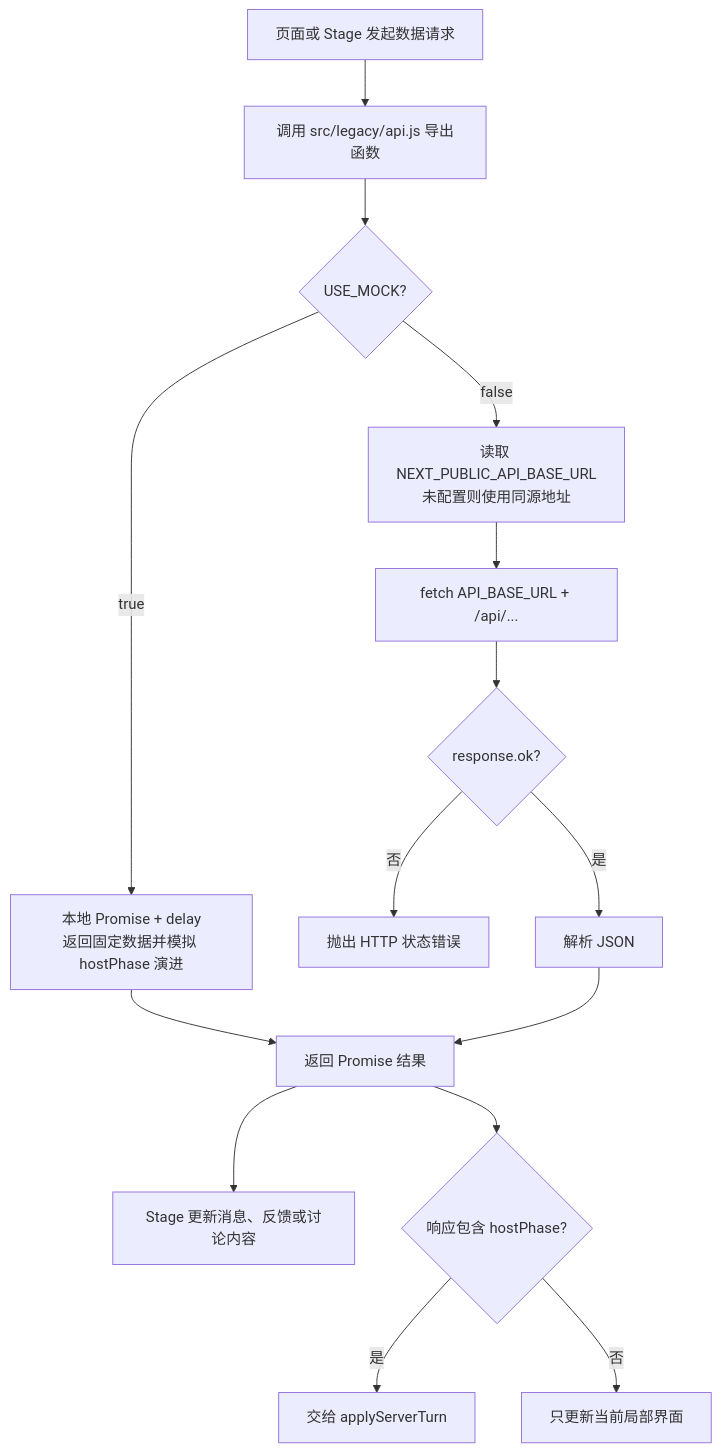
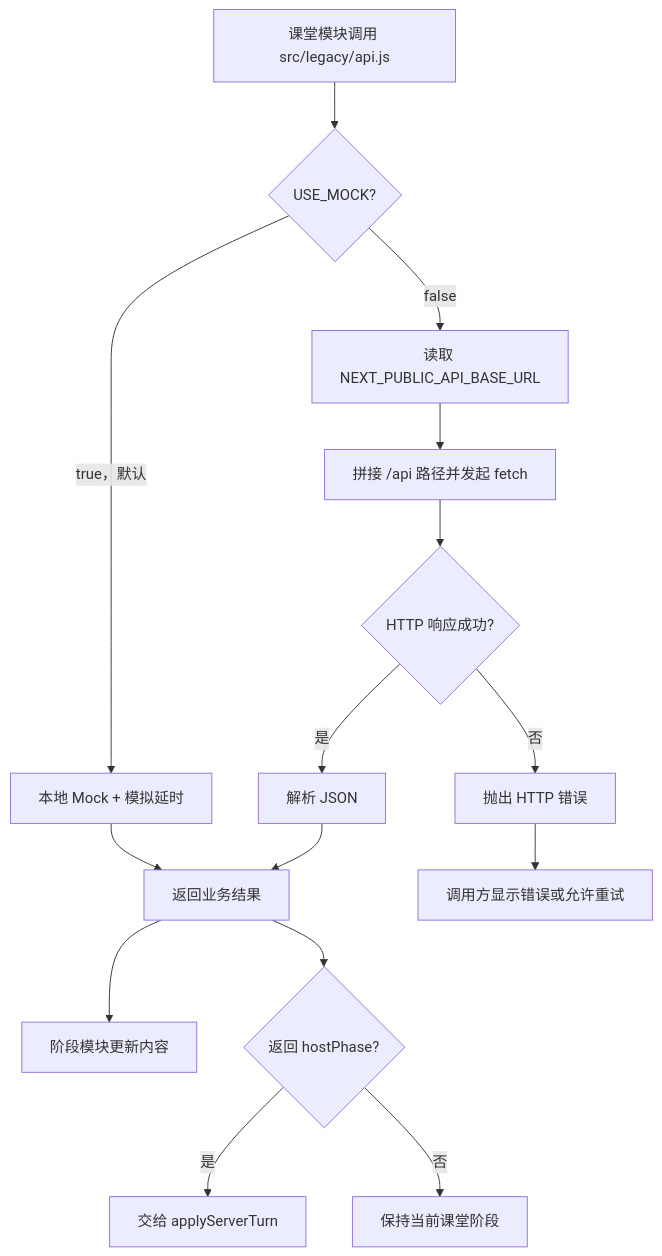
The fifth of 5 diagrams in docs/architecture/NEXT_FRONTEND_WORKFLOW.md (Awdyuer/SZU_Student_Agent), drawn with Mermaid before and after one commit. The commit also changed other lines of this file and 9 other files, not shown here.

Commit message:
更新流程图

````diff
--- a/docs/architecture/NEXT_FRONTEND_WORKFLOW.md
+++ b/docs/architecture/NEXT_FRONTEND_WORKFLOW.md
@@ -261,20 +131,17 @@
 ```mermaid
 flowchart TD
-    ACTION[页面或 Stage 发起数据请求] --> API_FN[调用 src/legacy/api.js 导出函数]
-    API_FN --> MOCK{USE_MOCK?}
-
-    MOCK -->|true| MOCK_HANDLER[本地 Promise + delay<br/>返回固定数据并模拟 hostPhase 演进]
-    MOCK_HANDLER --> RESULT[返回 Promise 结果]
-
-    MOCK -->|false| BASE["读取 NEXT_PUBLIC_API_BASE_URL<br/>未配置则使用同源地址"]
-    BASE --> REQUEST[fetch API_BASE_URL + /api/...]
-    REQUEST --> HTTP_OK{response.ok?}
-    HTTP_OK -->|否| THROW[抛出 HTTP 状态错误]
-    HTTP_OK -->|是| JSON[解析 JSON]
-    JSON --> RESULT
-
-    RESULT --> BUSINESS[Stage 更新消息、反馈或讨论内容]
-    RESULT --> HAS_HOST{响应包含 hostPhase?}
-    HAS_HOST -->|是| APPLY[交给 applyServerTurn]
-    HAS_HOST -->|否| LOCAL_ONLY[只更新当前局部界面]
+    A[课堂模块调用 src/legacy/api.js] --> B{USE_MOCK?}
+    B -->|true，默认| C[本地 Mock + 模拟延时]
+    B -->|false| D[读取 NEXT_PUBLIC_API_BASE_URL]
+    D --> E[拼接 /api 路径并发起 fetch]
+    E --> F{HTTP 响应成功?}
+    F -->|否| G[抛出 HTTP 错误]
+    F -->|是| H[解析 JSON]
+    C --> I[返回业务结果]
+    H --> I
+    I --> J[阶段模块更新内容]
+    I --> K{返回 hostPhase?}
+    K -->|是| L[交给 applyServerTurn]
+    K -->|否| M[保持当前课堂阶段]
+    G --> N[调用方显示错误或允许重试]
 ```
````
